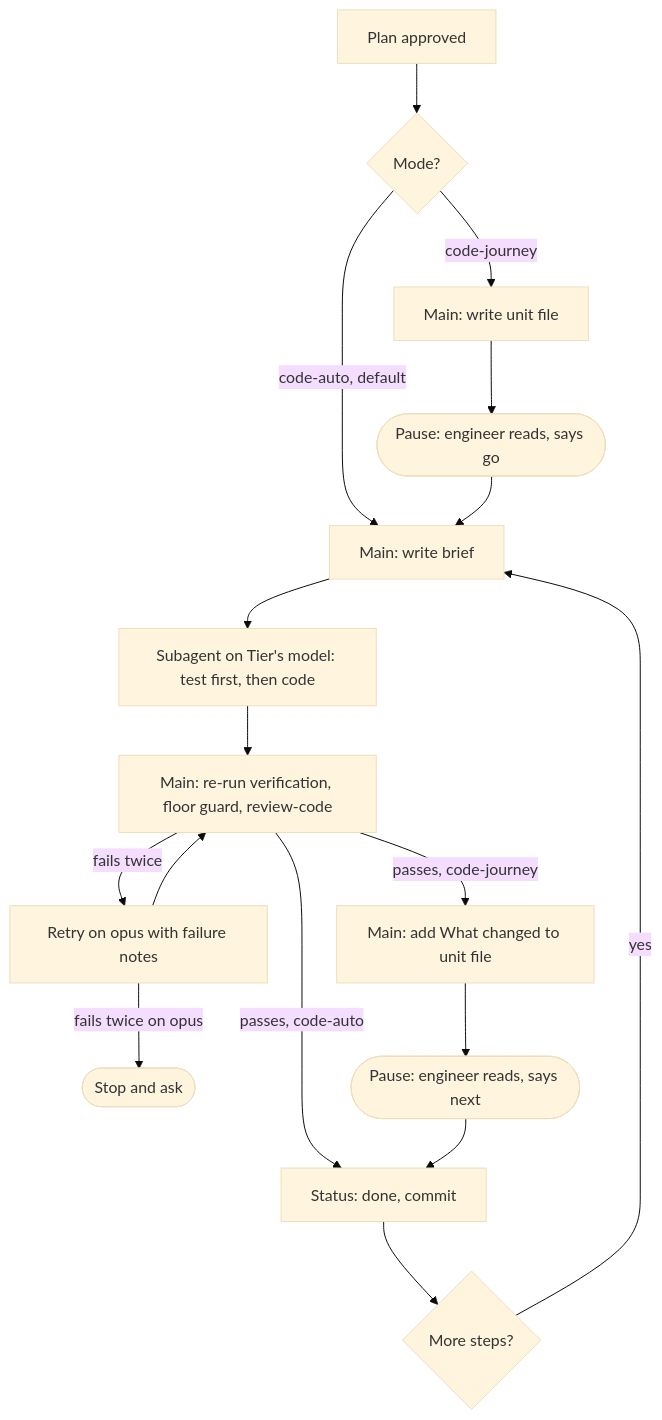
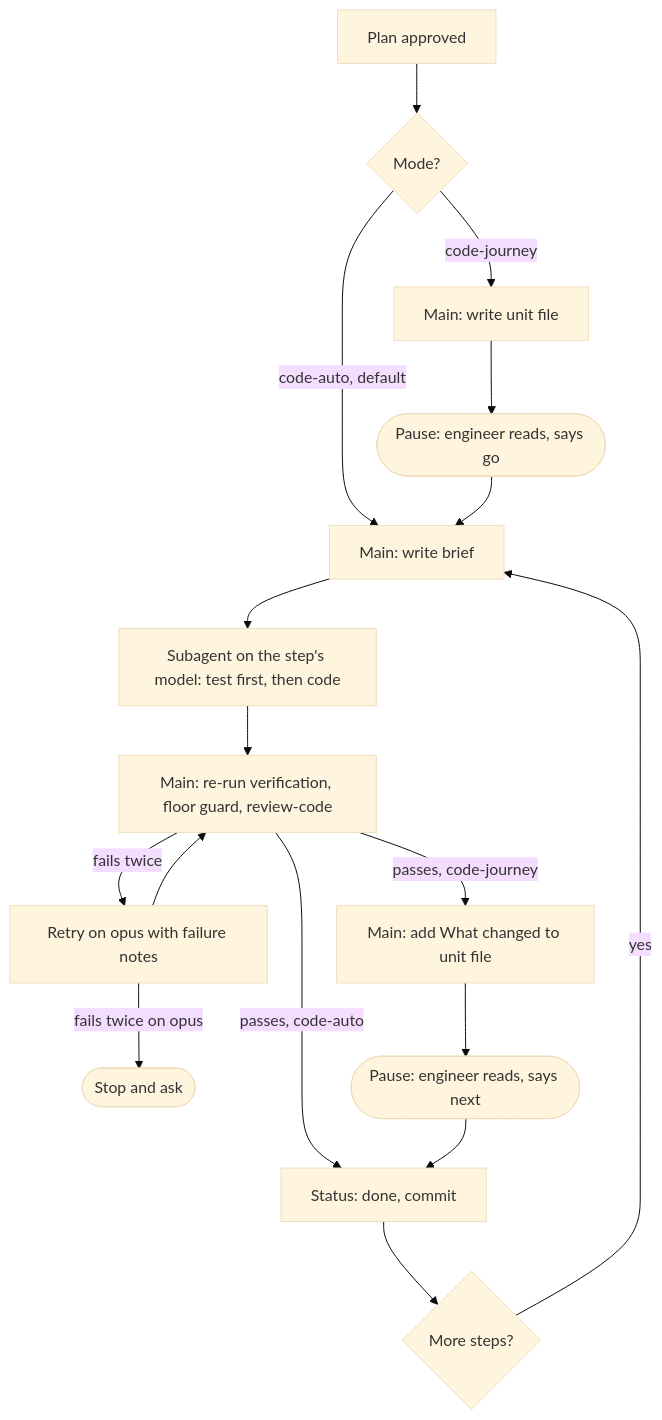
The diagram in docs/specs/2026-10-23-implement-modes.md (girijesh-ai/spec-driven-engineering), drawn with Mermaid (base theme) before and after one commit. The commit also changed other lines of this file, not shown here.

Commit message:
spec: implement-modes cuts — Model line, no references file, human readability check

````diff
--- a/docs/specs/2026-10-23-implement-modes.md
+++ b/docs/specs/2026-10-23-implement-modes.md
@@ -98,19 +104,19 @@
 ```mermaid
 flowchart TD
     A[Plan approved] --> B{Mode?}
     B -->|code-auto, default| C[Main: write brief]
     B -->|code-journey| J1[Main: write unit file]
     J1 --> P1([Pause: engineer reads, says go])
     P1 --> C
-    C --> D[Subagent on Tier's model: test first, then code]
+    C --> D[Subagent on the step's model: test first, then code]
     D --> E[Main: re-run verification, floor guard, review-code]
     E -->|fails twice| F[Retry on opus with failure notes]
     F -->|fails twice on opus| X([Stop and ask])
     F --> E
     E -->|passes, code-auto| G[Status: done, commit]
     E -->|passes, code-journey| J2[Main: add What changed to unit file]
     J2 --> P2([Pause: engineer reads, says next])
     P2 --> G
     G --> H{More steps?}
     H -->|yes| C
 ```
````
